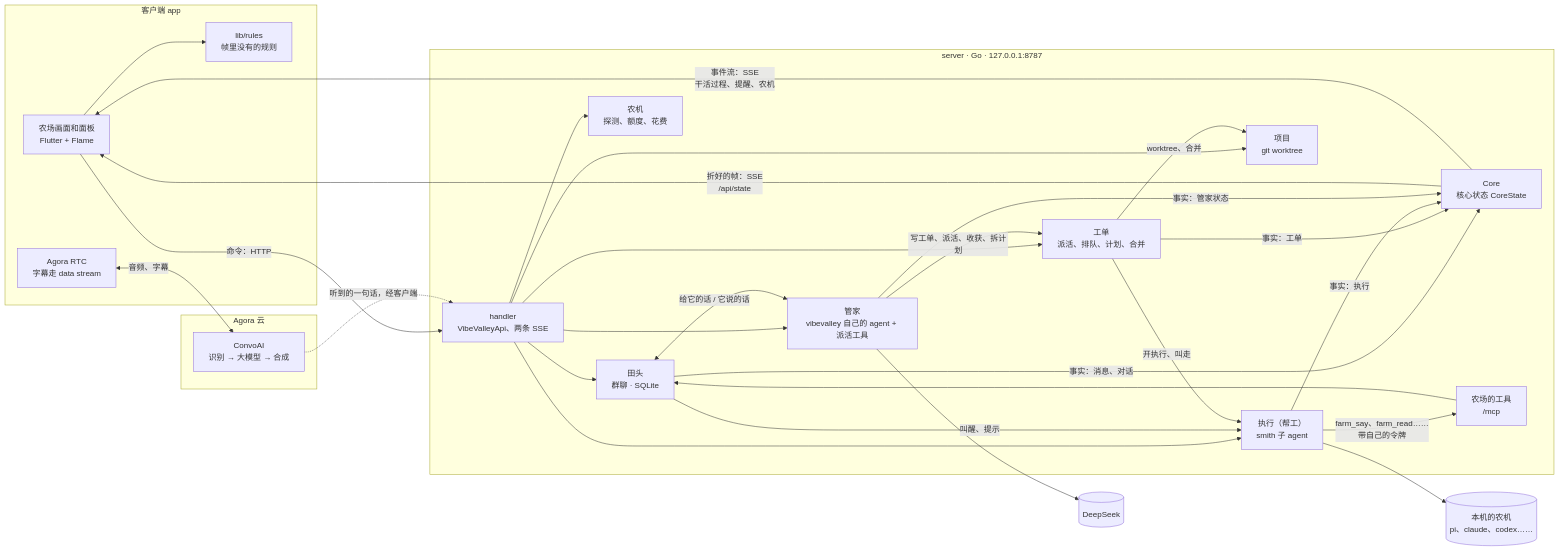
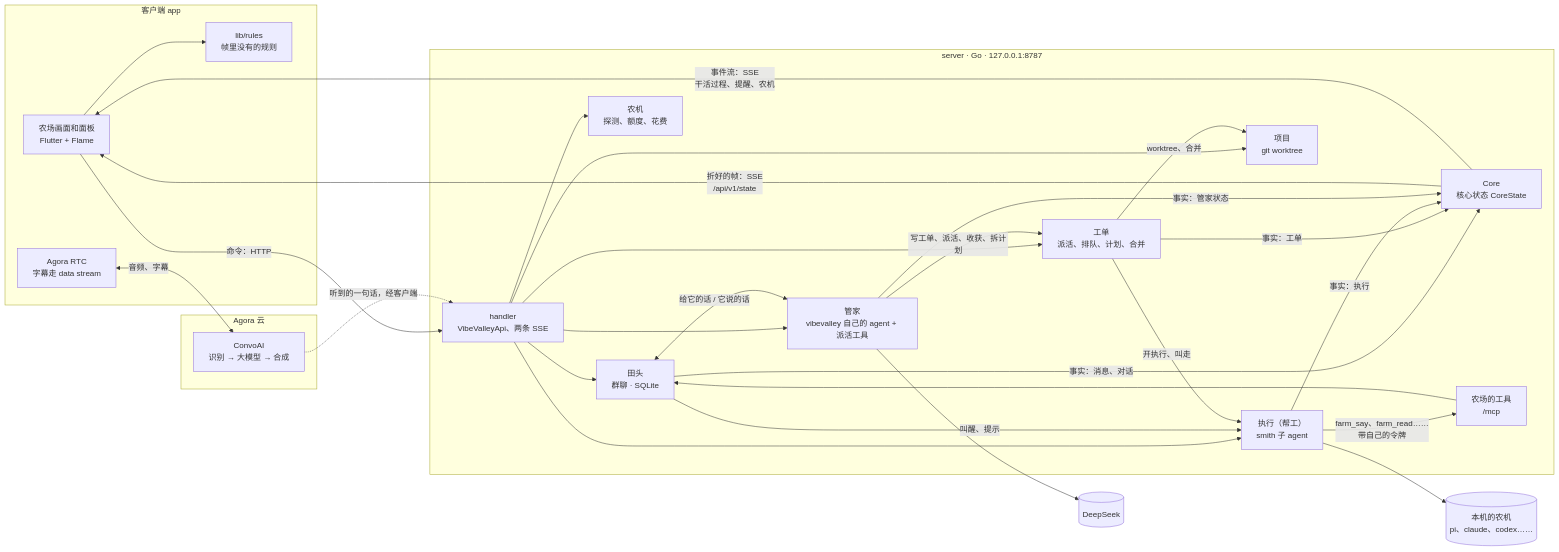
One commit to vibevalleyhq/vibevalley changed the diagram in docs/architecture.md. Above: the diagram before and after it, drawn with Mermaid. The commit also changed other lines of this file and 60 other files, not shown here.

````diff
--- a/docs/architecture.md
+++ b/docs/architecture.md
@@ -5,48 +5,48 @@
 ```mermaid
 flowchart LR
   subgraph Client[客户端 app]
     UI[农场画面和面板<br/>Flutter + Flame]
     RULES[lib/rules<br/>帧里没有的规则]
     RTC[Agora RTC<br/>字幕走 data stream]
   end
 
   subgraph Server[server · Go · 127.0.0.1:8787]
     API[handler<br/>VibeValleyApi、两条 SSE]
     SITE[Core<br/>核心状态 CoreState]
     FM[管家<br/>vibevalley 自己的 agent + 派活工具]
     CHAT[田头<br/>群聊 · SQLite]
     MCP[农场的工具<br/>/mcp]
     TK[工单<br/>派活、排队、计划、合并]
     CREW[执行（帮工）<br/>smith 子 agent]
     PRJ[项目<br/>git worktree]
     RT[农机<br/>探测、额度、花费]
   end
 
   subgraph Agora[Agora 云]
     CAI[ConvoAI<br/>识别 → 大模型 → 合成]
   end
 
   AGENTS[(本机的农机<br/>pi、claude、codex……)]
   DS[(DeepSeek)]
 
   UI --> RULES
   UI -->|命令：HTTP| API
-  SITE -->|折好的帧：SSE<br/>/api/state| UI
+  SITE -->|折好的帧：SSE<br/>/api/v1/state| UI
   SITE -->|事件流：SSE<br/>干活过程、提醒、农机| UI
   API --> CHAT & FM & TK & CREW & PRJ & RT
   CHAT <-->|给它的话 / 它说的话| FM
   CHAT -->|叫醒、提示| CREW
   CREW -->|farm_say、farm_read……<br/>带自己的令牌| MCP
   MCP --> CHAT
   FM -->|写工单、派活、收获、拆计划| TK
   TK -->|开执行、叫走| CREW
   TK -->|worktree、合并| PRJ
   CREW --> AGENTS
   FM --> DS
   CHAT -->|事实：消息、对话| SITE
   TK -->|事实：工单| SITE
   CREW -->|事实：执行| SITE
   FM -->|事实：管家状态| SITE
   RTC <-->|音频、字幕| CAI
   CAI -.->|听到的一句话，经客户端| API
 ```
````
